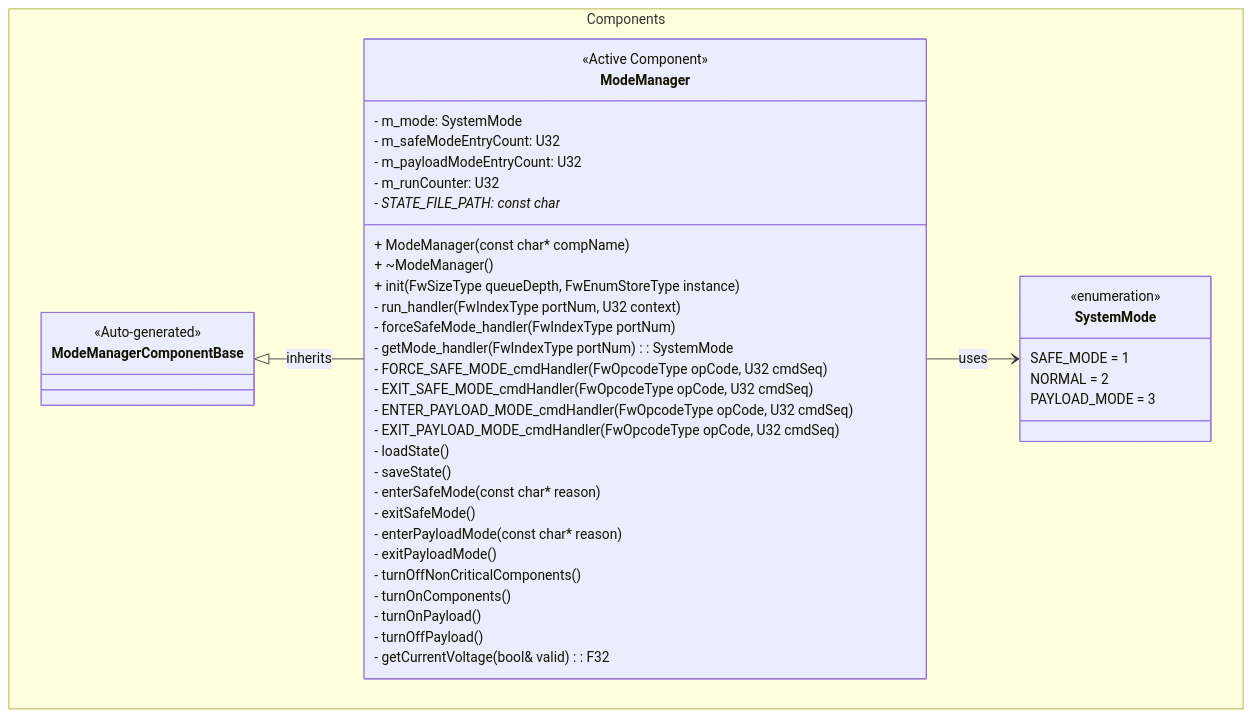
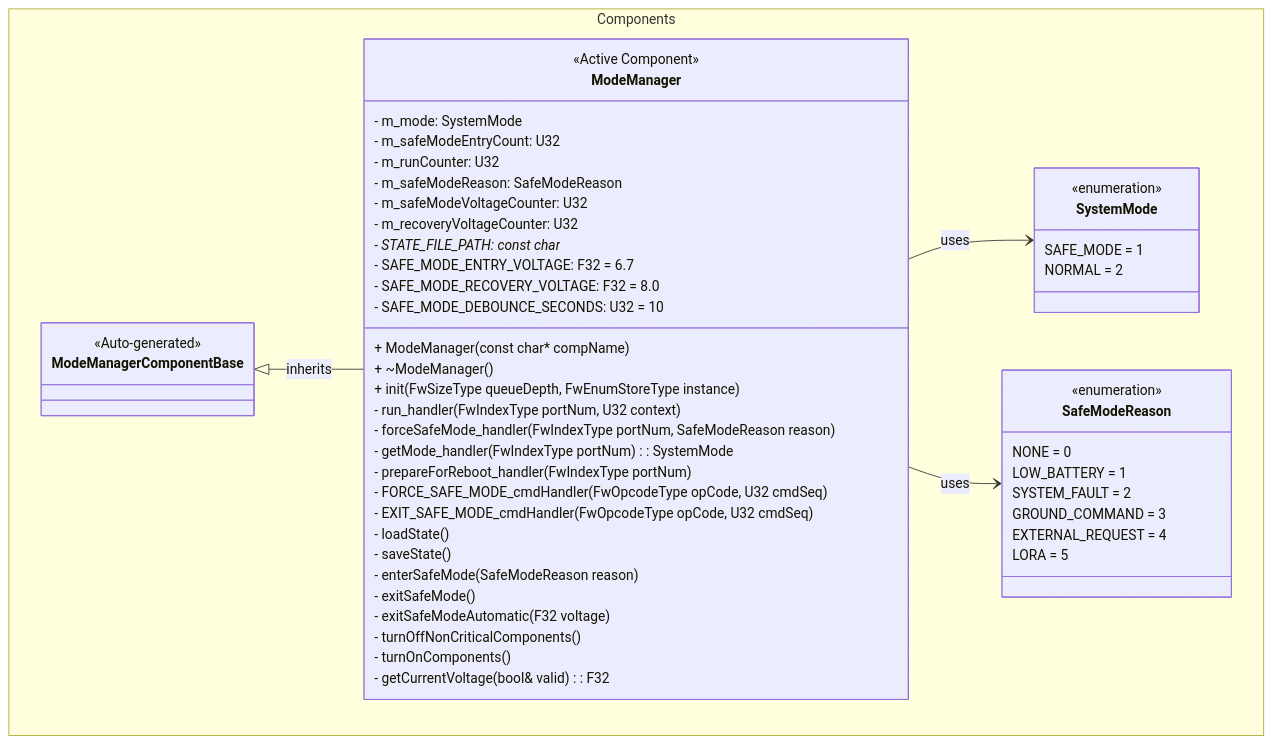
One commit to Open-Source-Space-Foundation/proves-core-reference changed the first of 7 diagrams in FprimeZephyrReference/Components/ModeManager/docs/sdd.md. Above: the diagram before and after it, drawn with Mermaid. The commit also changed other lines of this file and 9 other files, not shown here.

Commit message:
re-implement safe and normal mode auto switch

````diff
--- a/FprimeZephyrReference/Components/ModeManager/docs/sdd.md
+++ b/FprimeZephyrReference/Components/ModeManager/docs/sdd.md
@@ -96,45 +87,55 @@
 ```mermaid
 classDiagram
     namespace Components {
         class ModeManagerComponentBase {
             <<Auto-generated>>
         }
         class ModeManager {
             <<Active Component>>
             - m_mode: SystemMode
             - m_safeModeEntryCount: U32
-            - m_payloadModeEntryCount: U32
             - m_runCounter: U32
+            - m_safeModeReason: SafeModeReason
+            - m_safeModeVoltageCounter: U32
+            - m_recoveryVoltageCounter: U32
             - STATE_FILE_PATH: const char*
+            - SAFE_MODE_ENTRY_VOLTAGE: F32 = 6.7
+            - SAFE_MODE_RECOVERY_VOLTAGE: F32 = 8.0
+            - SAFE_MODE_DEBOUNCE_SECONDS: U32 = 10
             + ModeManager(const char* compName)
             + ~ModeManager()
             + init(FwSizeType queueDepth, FwEnumStoreType instance)
             - run_handler(FwIndexType portNum, U32 context)
-            - forceSafeMode_handler(FwIndexType portNum)
+            - forceSafeMode_handler(FwIndexType portNum, SafeModeReason reason)
             - getMode_handler(FwIndexType portNum): SystemMode
+            - prepareForReboot_handler(FwIndexType portNum)
             - FORCE_SAFE_MODE_cmdHandler(FwOpcodeType opCode, U32 cmdSeq)
             - EXIT_SAFE_MODE_cmdHandler(FwOpcodeType opCode, U32 cmdSeq)
-            - ENTER_PAYLOAD_MODE_cmdHandler(FwOpcodeType opCode, U32 cmdSeq)
-            - EXIT_PAYLOAD_MODE_cmdHandler(FwOpcodeType opCode, U32 cmdSeq)
             - loadState()
             - saveState()
-            - enterSafeMode(const char* reason)
+            - enterSafeMode(SafeModeReason reason)
             - exitSafeMode()
-            - enterPayloadMode(const char* reason)
-            - exitPayloadMode()
+            - exitSafeModeAutomatic(F32 voltage)
             - turnOffNonCriticalComponents()
             - turnOnComponents()
-            - turnOnPayload()
-            - turnOffPayload()
             - getCurrentVoltage(bool& valid): F32
         }
         class SystemMode {
             <<enumeration>>
             SAFE_MODE = 1
             NORMAL = 2
-            PAYLOAD_MODE = 3
+        }
+        class SafeModeReason {
+            <<enumeration>>
+            NONE = 0
+            LOW_BATTERY = 1
+            SYSTEM_FAULT = 2
+            GROUND_COMMAND = 3
+            EXTERNAL_REQUEST = 4
+            LORA = 5
         }
     }
     ModeManagerComponentBase <|-- ModeManager : inherits
     ModeManager --> SystemMode : uses
+    ModeManager --> SafeModeReason : uses
 ```
````
